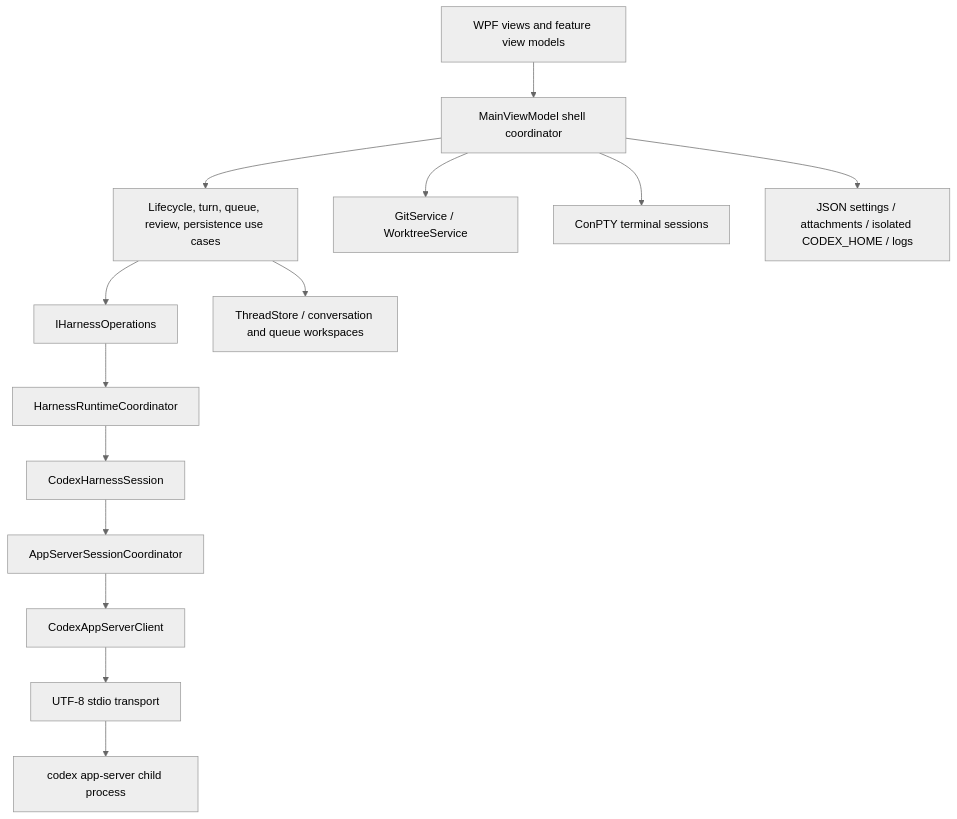
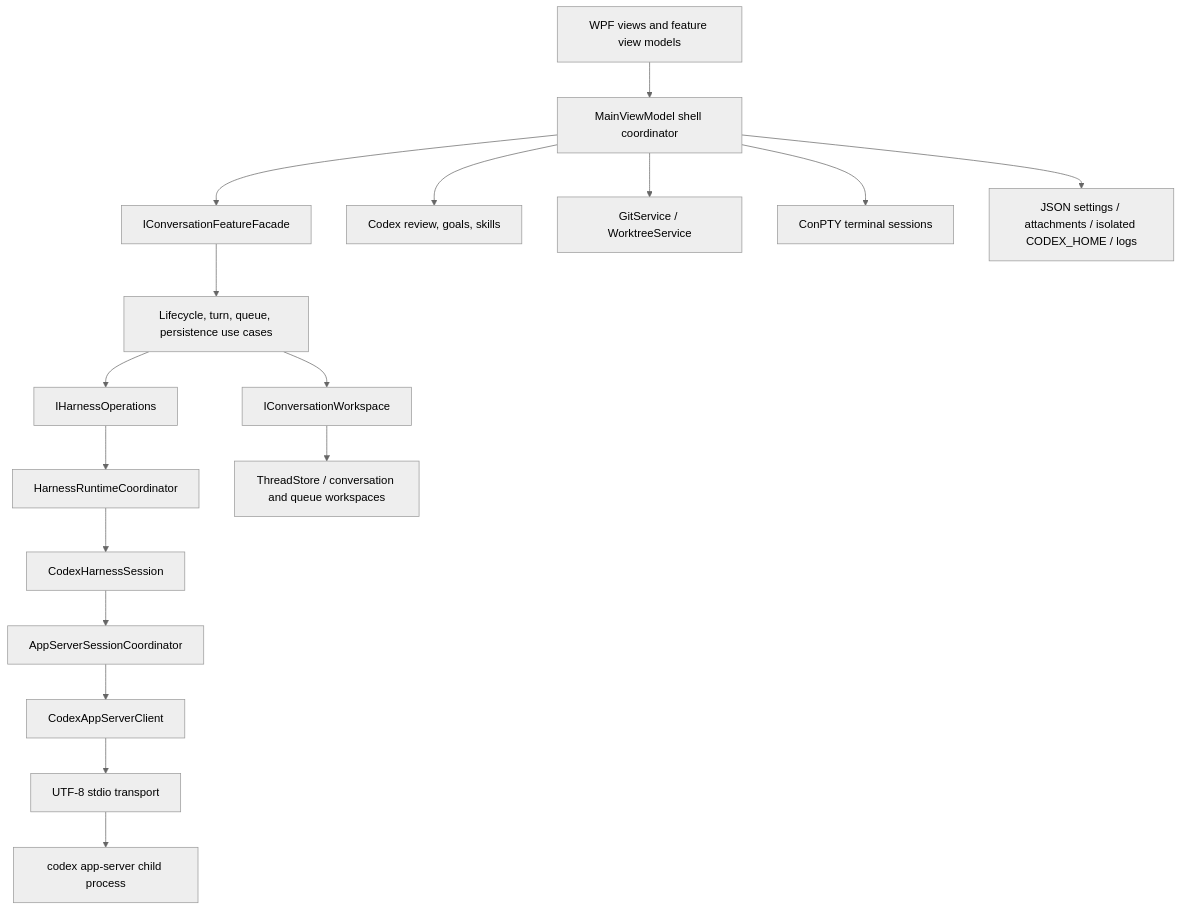
Before and after one commit to Scorpinaus/SynthiaCodex: the second of 4 diagrams in docs/current-architecture.md, drawn with Mermaid (neutral theme). The commit also changed other lines of this file and 23 other files, not shown here.

````diff
--- a/docs/current-architecture.md
+++ b/docs/current-architecture.md
@@ -48,16 +48,19 @@
 ```mermaid
 flowchart TB
     UI["WPF views and feature view models"] --> Shell["MainViewModel shell coordinator"]
-    Shell --> UseCases["Lifecycle, turn, queue, review, persistence use cases"]
+    Shell --> Facade["IConversationFeatureFacade"]
+    Facade --> UseCases["Lifecycle, turn, queue, persistence use cases"]
+    UseCases --> Workspace["IConversationWorkspace"]
     UseCases --> HarnessOps["IHarnessOperations"]
     HarnessOps --> Runtime["HarnessRuntimeCoordinator"]
     Runtime --> CodexAdapter["CodexHarnessSession"]
     CodexAdapter --> Session["AppServerSessionCoordinator"]
     Session --> Client["CodexAppServerClient"]
     Client --> Transport["UTF-8 stdio transport"]
     Transport --> Codex["codex app-server child process"]
-    UseCases --> State["ThreadStore / conversation and queue workspaces"]
+    Workspace --> State["ThreadStore / conversation and queue workspaces"]
+    Shell --> SideFeatures["Codex review, goals, skills"]
     Shell --> Git["GitService / WorktreeService"]
     Shell --> Terminal["ConPTY terminal sessions"]
     Shell --> Storage["JSON settings / attachments / isolated CODEX_HOME / logs"]
 ```
````
